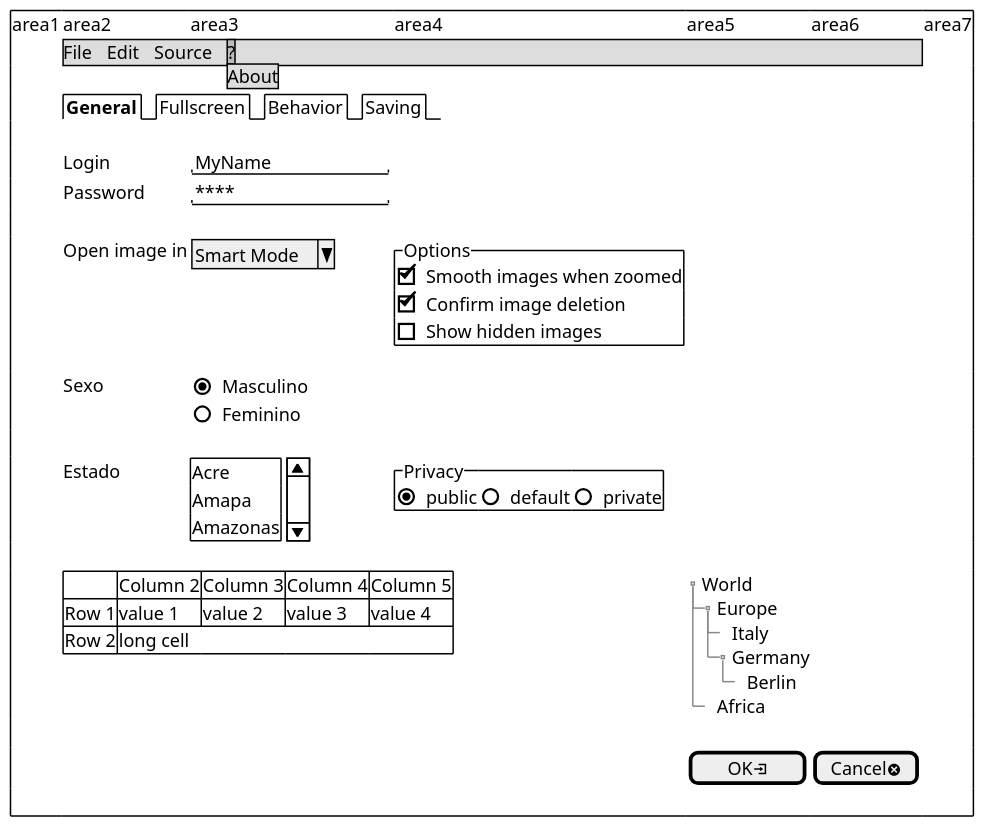
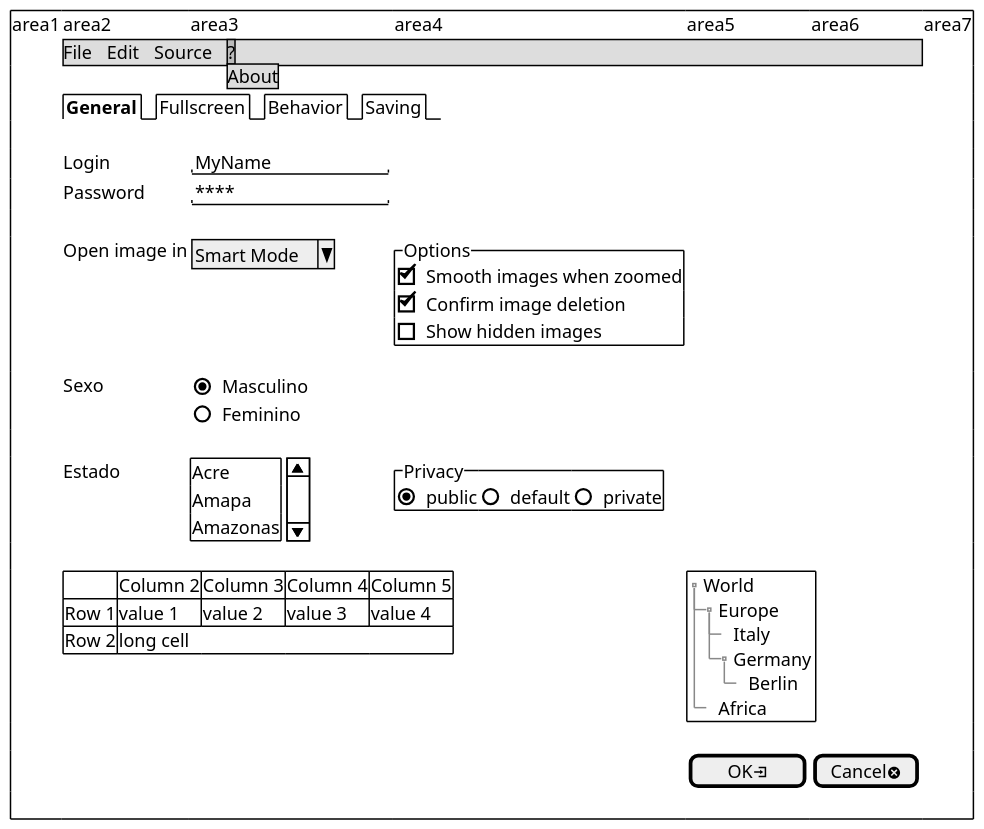
Before and after one commit to GiovaniPM/DMNTests: the fourth of 4 diagrams in PlantUML/Course Salt.md, drawn with PlantUML.

Commit message:
giova(DESKTOP-PG18CKU) 210131170501

````diff
--- a/PlantUML/Course Salt.md
+++ b/PlantUML/Course Salt.md
@@ -544,47 +544,47 @@
 ```plantuml
 @startsalt
 'skinparam BackgroundColor lightblue
 scale 1.5
 {+
     |area1|area2|area3|area4|area5|area6|area7
     |.|{* File | Edit | Source | ?
     '  File | New | Open File | - | Close | Close All | - | Exit
       ? | About}|*|*|*|*
     |.
     |.|{/ <b>General | Fullscreen | Behavior | Saving }|*|*|*|*
     |.
     |.|Login    |"MyName          "|.
     |.|Password |"****            "|.
     |.
     |.|Open image in|{| ^Smart Mode^ }|{^Options
                                         [X] Smooth images when zoomed
                                         [X] Confirm image deletion
                                         [ ] Show hidden images
                                        }
     |.|Sexo|{(X) Masculino
              () Feminino}
     |.
     |.|Estado|{SI 
                 Acre
                 Amapa
                 Amazonas
               }|{^Privacy | (X) public | () default | () private} |*|*
     |.
     |.|{#
         .     | Column 2  | Column 3 | Column 4 | Column 5
         Row 1 | value 1   | value 2  | value 3  | value 4
         Row 2 | long cell | *        | *        | *
-       }|*|*|{T
+       }|*|*|{+{T
               + World
               ++ Europe
               +++ Italy
               +++ Germany
               ++++ Berlin
               ++ Africa
-             }|*
+             }}|*
     |.
     |.|.|.|.|[  OK<&account-login>   ]|[Cancel<&circle-x>]
     |.
 }
 @endsalt
 ```
````
